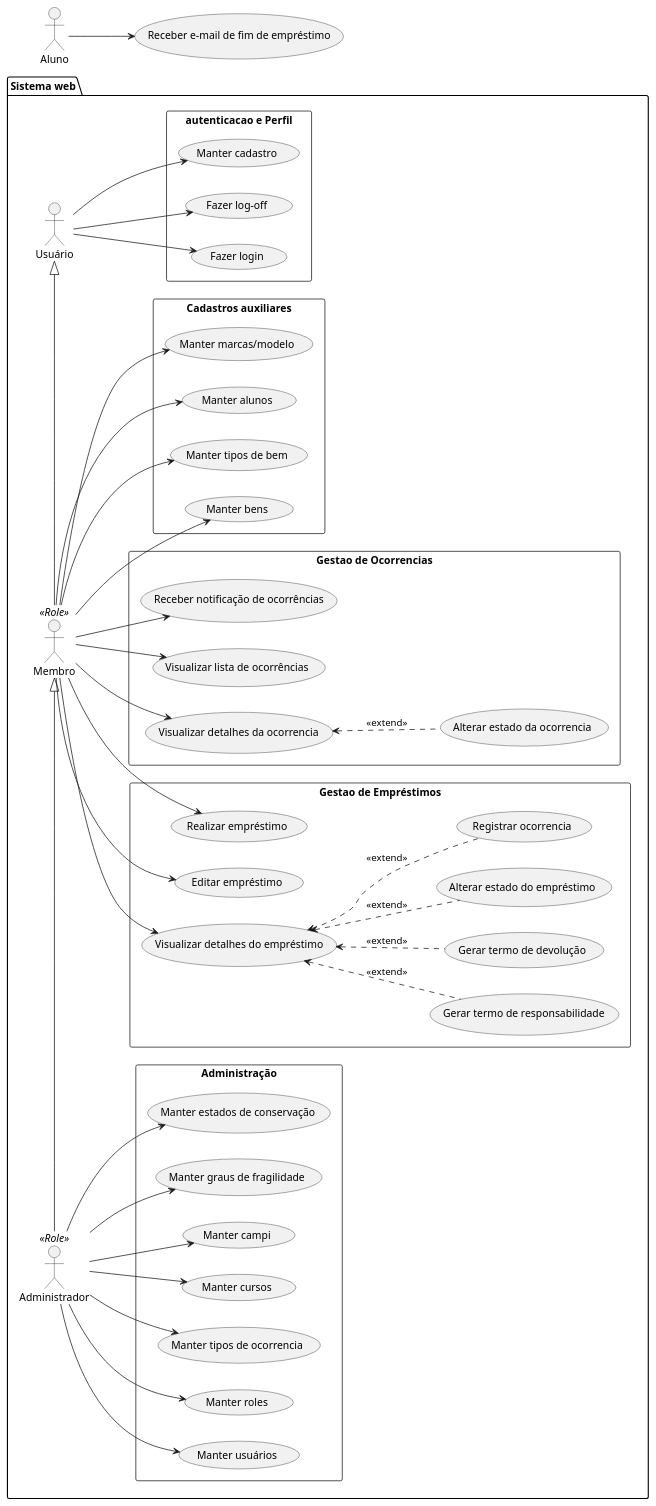
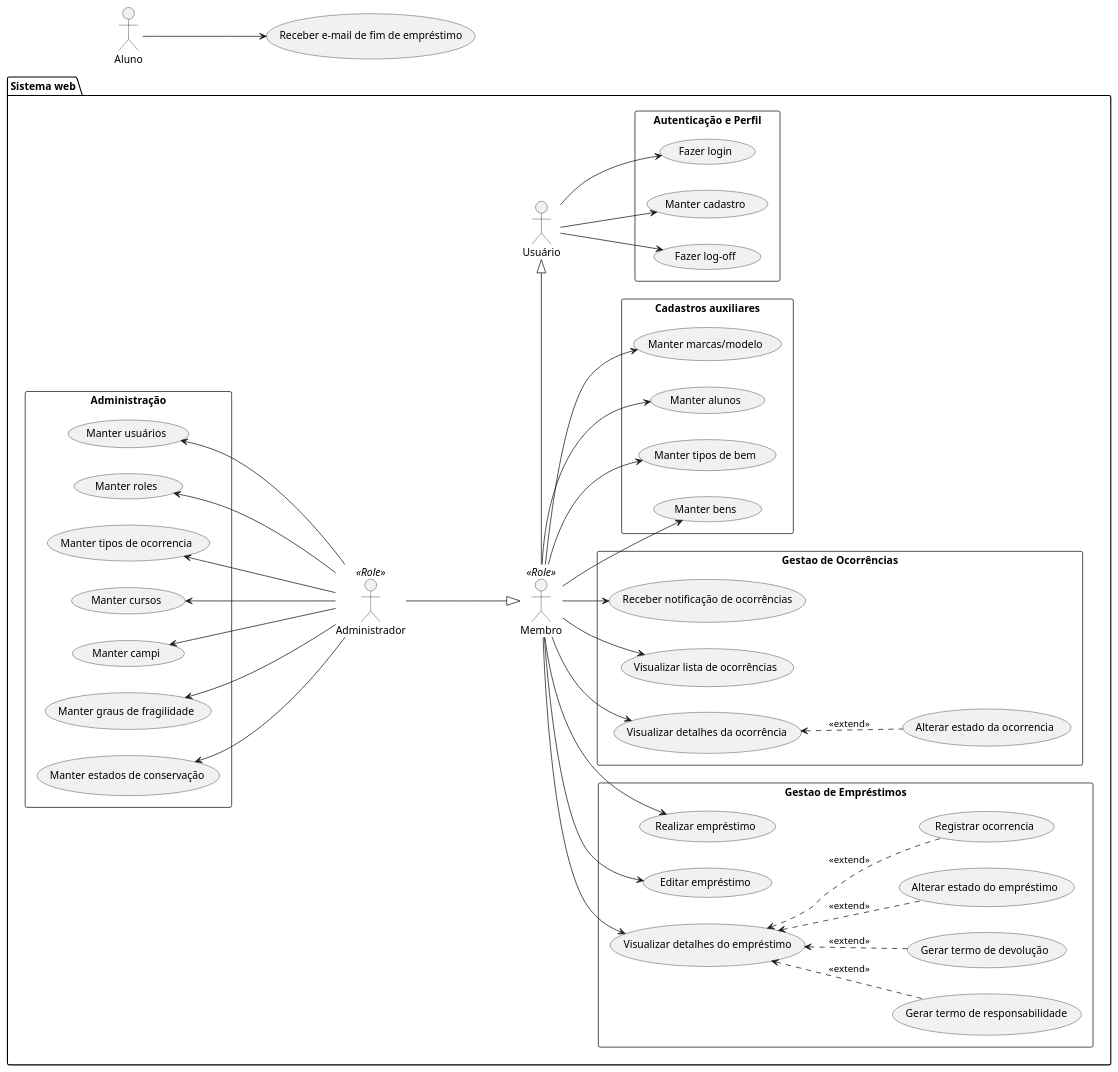
Before and after one commit to kavvata/sigemp: the diagram in plant-uml/usecases.puml, drawn with PlantUML. The commit also changed 2 other files, not shown here.

```diff
--- a/plant-uml/usecases.puml
+++ b/plant-uml/usecases.puml
@@ -1,60 +1,60 @@
 @startuml usecases
   left to right direction
 
   package "Sistema web" {
     :Usuário: as user
     :Membro: as membro <<Role>>
     :Administrador: as admin <<Role>>
 
     /' Usuário '/
-    rectangle "autenticacao e Perfil" {
+    rectangle "Autenticação e Perfil" {
         user -r-> (Fazer login)
         user --> (Fazer log-off)
         user --> (Manter cadastro)
     }
 
     /' Membro '/
     membro -r-|> user
     rectangle "Gestao de Empréstimos" {
         "Visualizar detalhes do empréstimo" as (empdetail)
         membro --> empdetail
         membro --> (Editar empréstimo)
         membro --> (Realizar empréstimo)
         empdetail <.. (Gerar termo de responsabilidade) : <<extend>>
         empdetail <.. (Gerar termo de devolução) : <<extend>>
         empdetail <.. (Alterar estado do empréstimo) : <<extend>>
         empdetail <.. (Registrar ocorrencia) : <<extend>>
     }
 
-    rectangle "Gestao de Ocorrencias" {
-        "Visualizar detalhes da ocorrencia" as (occdetail)
+    rectangle "Gestao de Ocorrências" {
+        "Visualizar detalhes da ocorrência" as (occdetail)
         membro --> (Visualizar lista de ocorrências)
         membro --> occdetail
         membro --> (Receber notificação de ocorrências)
         occdetail <.. (Alterar estado da ocorrencia) : <<extend>>
     }
 
     rectangle "Cadastros auxiliares" {
         membro --> (Manter bens)
         membro --> (Manter tipos de bem)
         membro --> (Manter alunos)
         membro --> (Manter marcas/modelo)
     }
 
 
     /' Administrador '/
     rectangle "Administração" {
-        admin -|> membro
-        admin --> (Manter usuários)
-        admin --> (Manter roles)
-        admin --> (Manter tipos de ocorrencia)
-        admin --> (Manter cursos)
-        admin --> (Manter campi)
-        admin --> (Manter graus de fragilidade)
-        admin --> (Manter estados de conservação)
+        admin -d-|> membro
+        admin -u-> (Manter usuários)
+        admin -u-> (Manter roles)
+        admin -u-> (Manter tipos de ocorrencia)
+        admin -u-> (Manter cursos)
+        admin -u-> (Manter campi)
+        admin -u-> (Manter graus de fragilidade)
+        admin -u-> (Manter estados de conservação)
     }
   }
 
   :Aluno: as aluno
   aluno --> (Receber e-mail de fim de empréstimo)
 @enduml
```
